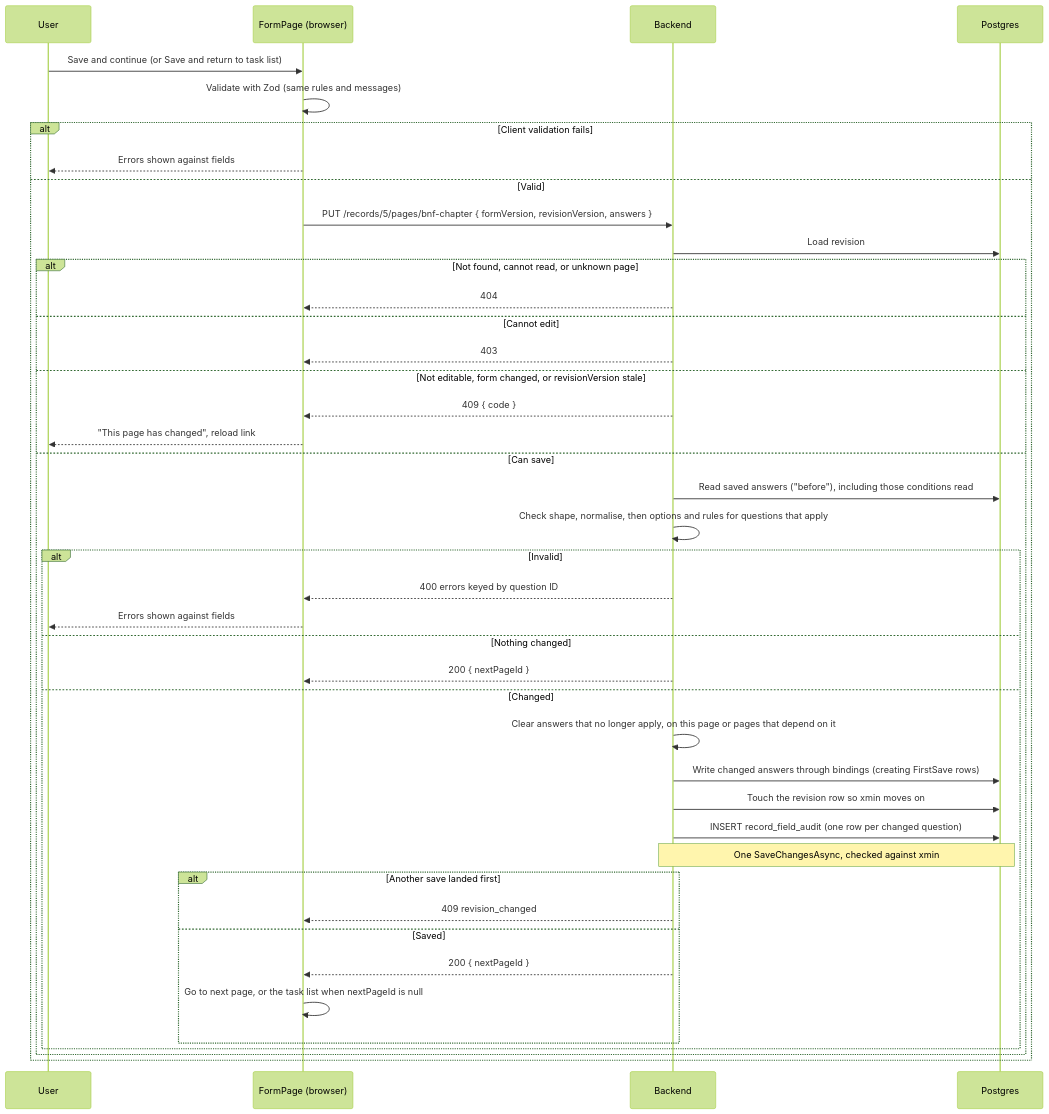
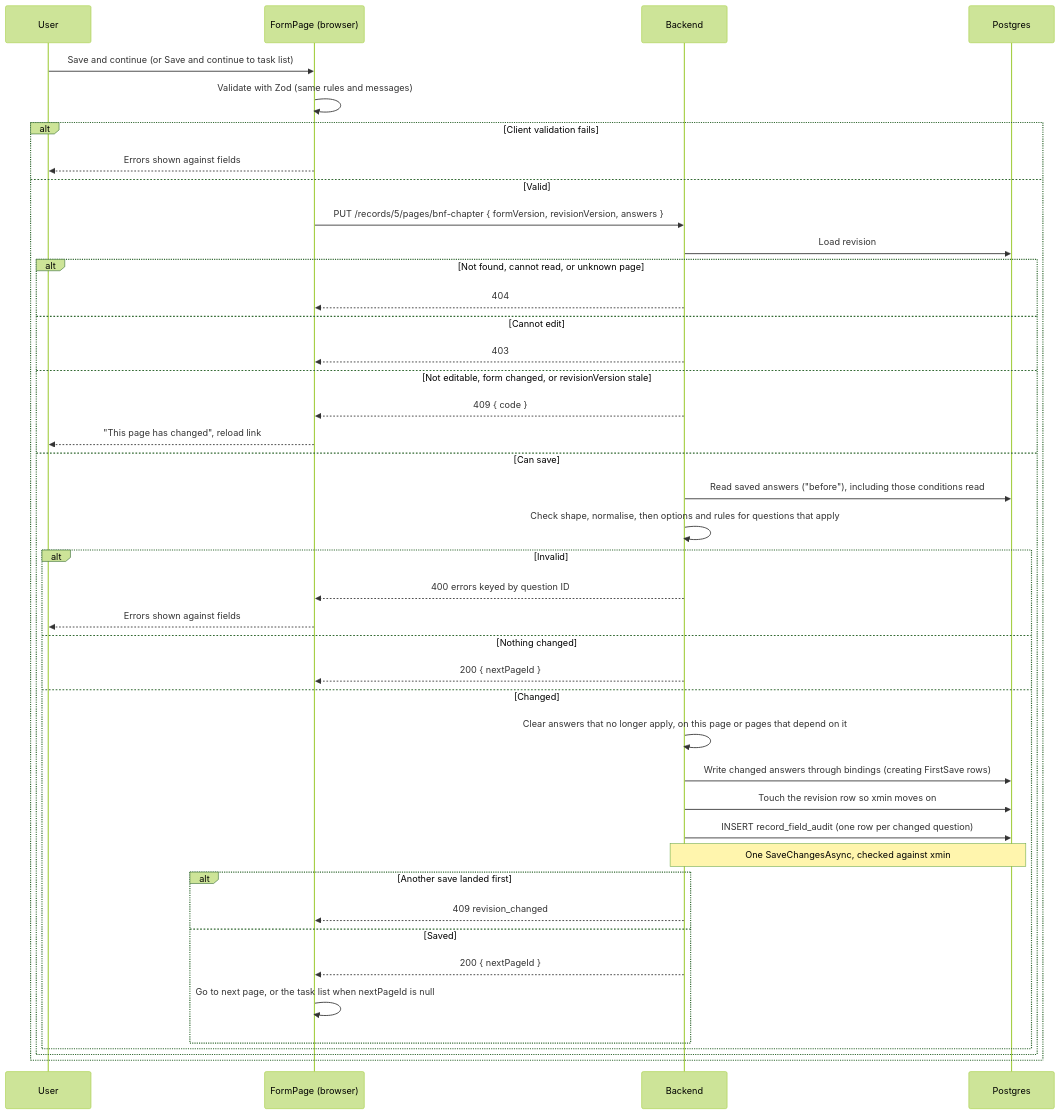
One commit to ditnice/aws-UKPS changed the sixth of 6 diagrams in documentation/form-generation/high-level-design.md. Above: the diagram before and after it, drawn with Mermaid (forest theme). The commit also changed other lines of this file and 4 other files, not shown here.

Commit message:
Link task list hints and statuses to their task links with aria-describedby, and update the docs to say "Save and continue to task list"

````diff
--- a/documentation/form-generation/high-level-design.md
+++ b/documentation/form-generation/high-level-design.md
@@ -594,44 +594,44 @@
 ```mermaid
 sequenceDiagram
     participant U as User
     participant F as FormPage (browser)
     participant B as Backend
     participant P as Postgres
-    U->>F: Save and continue (or Save and return to task list)
+    U->>F: Save and continue (or Save and continue to task list)
     F->>F: Validate with Zod (same rules and messages)
     alt Client validation fails
         F-->>U: Errors shown against fields
     else Valid
         F->>B: PUT /records/5/pages/bnf-chapter { formVersion, revisionVersion, answers }
         B->>P: Load revision
         alt Not found, cannot read, or unknown page
             B-->>F: 404
         else Cannot edit
             B-->>F: 403
         else Not editable, form changed, or revisionVersion stale
             B-->>F: 409 { code }
             F-->>U: "This page has changed", reload link
         else Can save
             B->>P: Read saved answers ("before"), including those conditions read
             B->>B: Check shape, normalise, then options and rules for questions that apply
             alt Invalid
                 B-->>F: 400 errors keyed by question ID
                 F-->>U: Errors shown against fields
             else Nothing changed
                 B-->>F: 200 { nextPageId }
             else Changed
                 B->>B: Clear answers that no longer apply, on this page or pages that depend on it
                 B->>P: Write changed answers through bindings (creating FirstSave rows)
                 B->>P: Touch the revision row so xmin moves on
                 B->>P: INSERT record_field_audit (one row per changed question)
                 Note over B,P: One SaveChangesAsync, checked against xmin
                 alt Another save landed first
                     B-->>F: 409 revision_changed
                 else Saved
                     B-->>F: 200 { nextPageId }
                     F->>F: Go to next page, or the task list when nextPageId is null
                 end
             end
         end
     end
 ```
````
